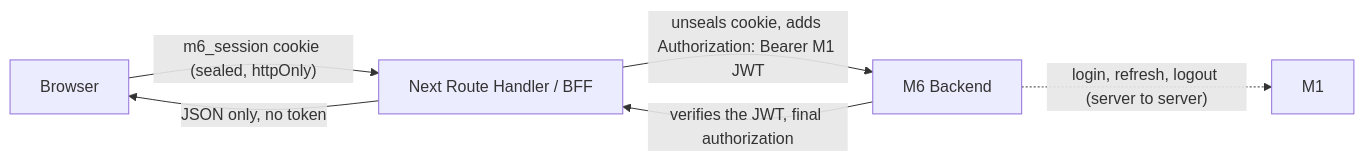
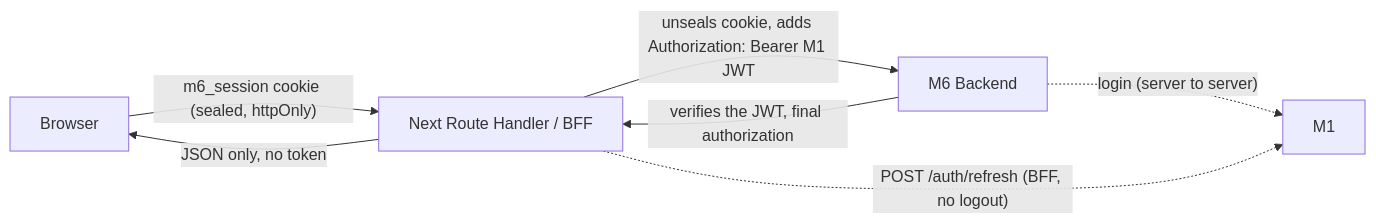
The diagram in docs/adr/0004-owned-bff-session-the-m1-jwt-never-reaches-the-browser.md (hllous/Frontend-M6-DAPS2), drawn with Mermaid before and after one commit. The commit also changed other lines of this file and 57 other files, not shown here.

````diff
--- a/docs/adr/0004-owned-bff-session-the-m1-jwt-never-reaches-the-browser.md
+++ b/docs/adr/0004-owned-bff-session-the-m1-jwt-never-reaches-the-browser.md
@@ -21,8 +30,9 @@
 ```mermaid
 flowchart LR
     B[Browser] -->|"m6_session cookie (sealed, httpOnly)"| R[Next Route Handler / BFF]
     R -->|"unseals cookie, adds Authorization: Bearer M1 JWT"| API[M6 Backend]
     API -->|"verifies the JWT, final authorization"| R
     R -->|"JSON only, no token"| B
-    API -.->|"login, refresh, logout (server to server)"| M1[M1]
+    API -.->|"login (server to server)"| M1[M1]
+    R -.->|"POST /auth/refresh (BFF, no logout)"| M1
 ```
````
